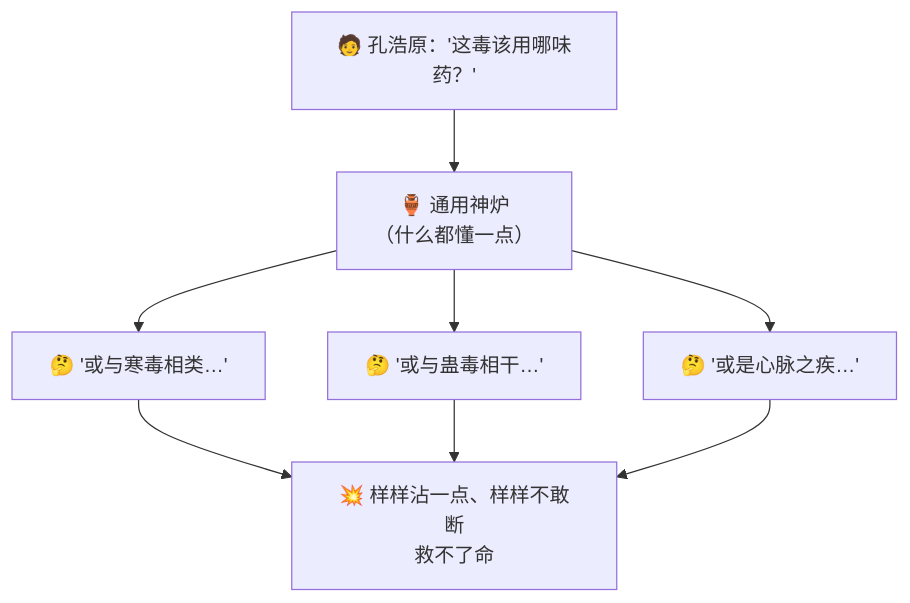
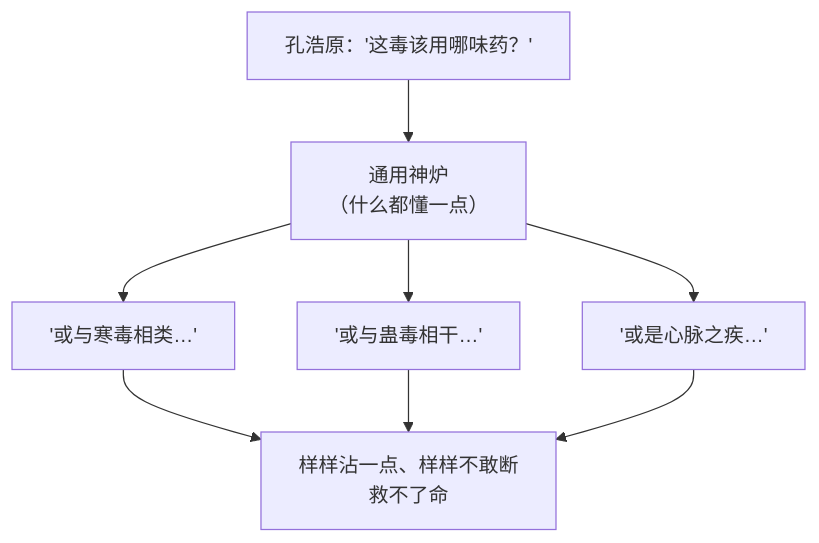
Before and after one commit to luckykhy/KhyAiHub: the first of 4 diagrams in docs/09_STORY_修仙学AI/STORY-番外/[STORY-番外-111] 番外12·点化真身·因材塑形.md, drawn with Mermaid. The commit also changed other lines of this file and 19 other files, not shown here.

````diff
--- a/docs/09_STORY_修仙学AI/STORY-番外/[STORY-番外-111] 番外12·点化真身·因材塑形.md
+++ b/docs/09_STORY_修仙学AI/STORY-番外/[STORY-番外-111] 番外12·点化真身·因材塑形.md
@@ -35,10 +35,10 @@
 ```mermaid
 flowchart TB
-  YE["🧑 孔浩原：'这毒该用哪味药？'"] --> LU["🏺 通用神炉<br/>（什么都懂一点）"]
-  LU --> A["🤔 '或与寒毒相类…'"]
-  LU --> B["🤔 '或与蛊毒相干…'"]
-  LU --> C["🤔 '或是心脉之疾…'"]
-  A --> MESS["💥 样样沾一点、样样不敢断<br/>救不了命"]
+  YE["孔浩原：'这毒该用哪味药？'"] --> LU["通用神炉<br/>（什么都懂一点）"]
+  LU --> A["'或与寒毒相类…'"]
+  LU --> B["'或与蛊毒相干…'"]
+  LU --> C["'或是心脉之疾…'"]
+  A --> MESS["样样沾一点、样样不敢断<br/>救不了命"]
   B --> MESS
   C --> MESS
 ```
````
